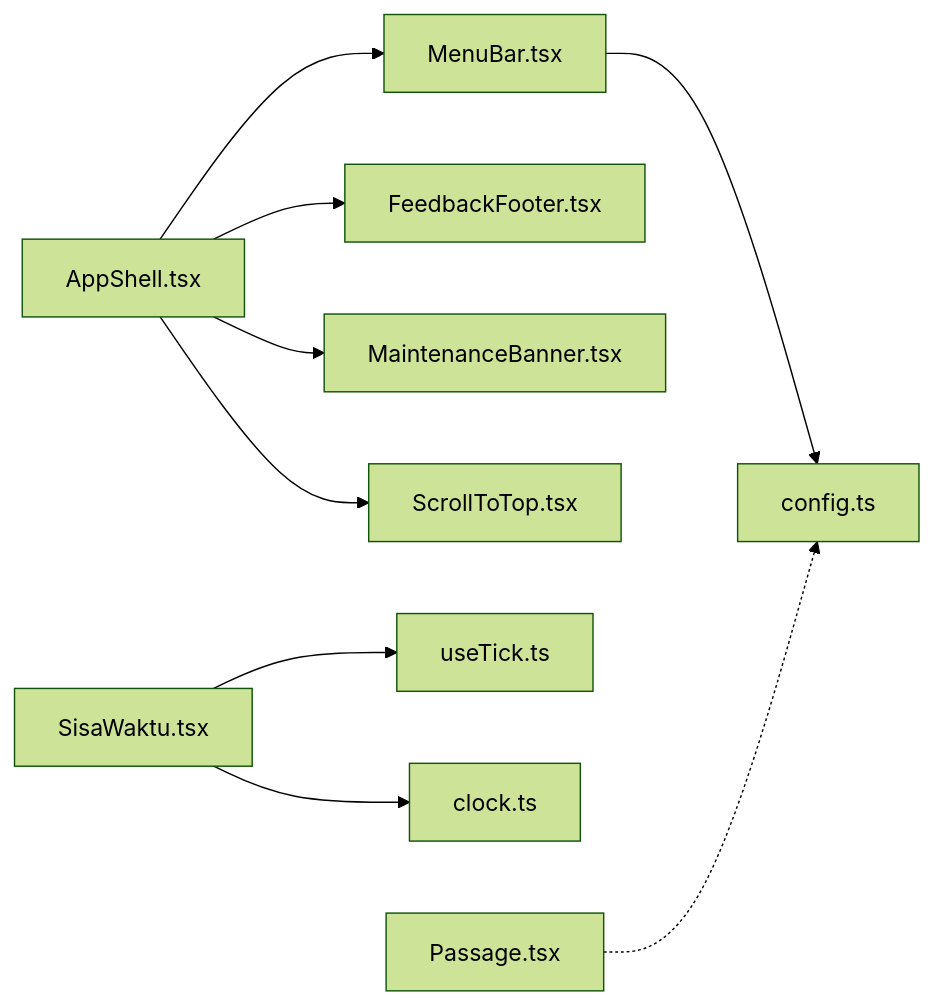
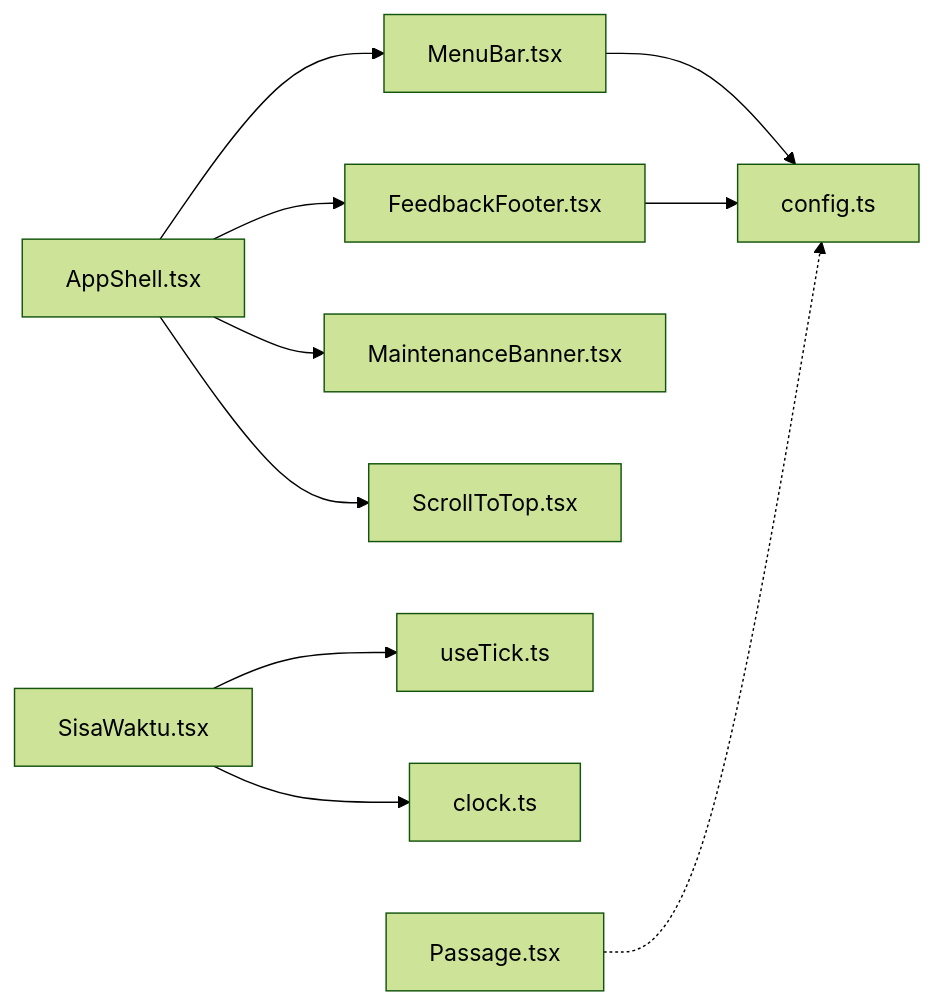
Before and after one commit to muhammadhabibullah/tbs-lpdp: the third of 3 diagrams in .qoder/repowiki/en/content/Frontend Application/UI Components.md, drawn with Mermaid (forest theme). The commit also changed other lines of this file and 3 other files, not shown here.

Commit message:
feat(feedback-footer): add environment-aware retention period messaging

````diff
--- a/.qoder/repowiki/en/content/Frontend Application/UI Components.md
+++ b/.qoder/repowiki/en/content/Frontend Application/UI Components.md
@@ -343,11 +416,12 @@
 ```mermaid
 graph LR
 AppShell["AppShell.tsx"] --> MenuBar["MenuBar.tsx"]
 AppShell --> FeedbackFooter["FeedbackFooter.tsx"]
 AppShell --> MaintenanceBanner["MaintenanceBanner.tsx"]
 AppShell --> ScrollToTop["ScrollToTop.tsx"]
 SisaWaktu["SisaWaktu.tsx"] --> useTick["useTick.ts"]
 SisaWaktu --> clock["clock.ts"]
 MenuBar --> config["config.ts"]
+FeedbackFooter --> config
 Passage["Passage.tsx"] -.-> config
 ```
````
